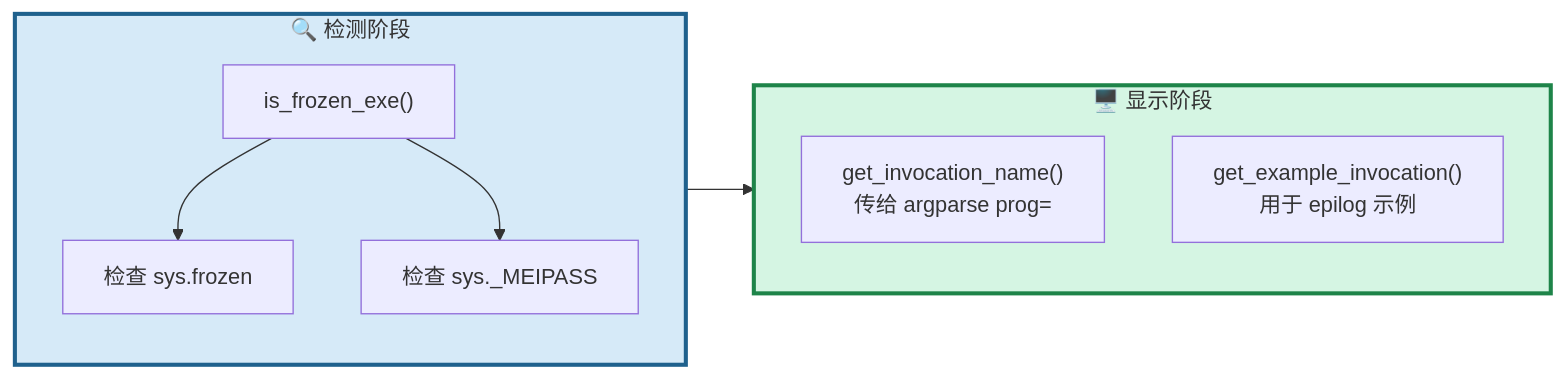
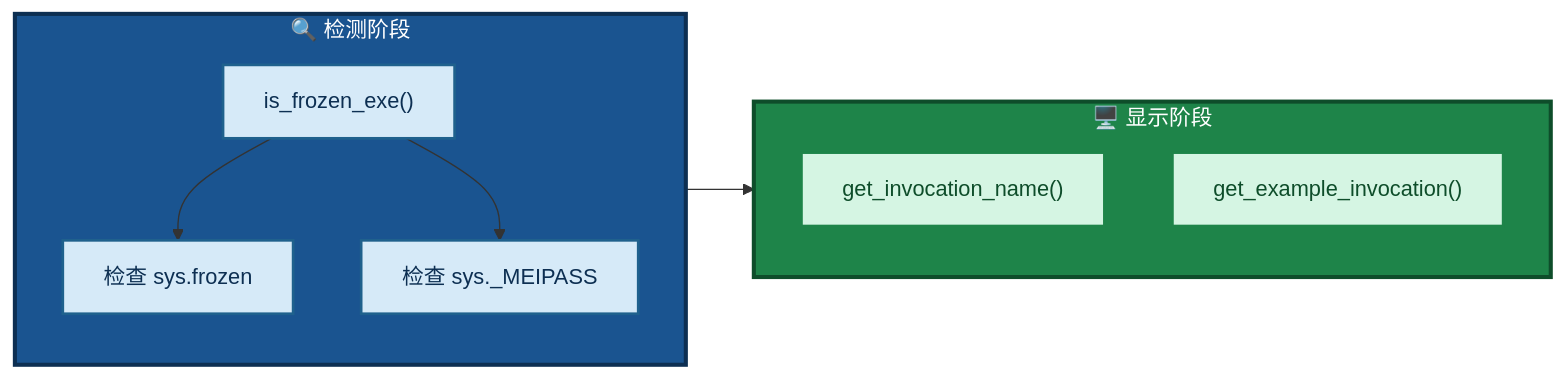
Before and after one commit to PassByYou888/LingoFuse-pasAgent: diagram 20 of 39 in src/llm-service/LingoFuse_LLM_Service_Work_Summary.md, drawn with Mermaid. The commit also changed other lines of this file, not shown here.

````diff
--- a/src/llm-service/LingoFuse_LLM_Service_Work_Summary.md
+++ b/src/llm-service/LingoFuse_LLM_Service_Work_Summary.md
@@ -622,20 +618,25 @@
 ```mermaid
 flowchart LR
     subgraph DETECT["🔍 检测阶段"]
         D1["is_frozen_exe()"]
         D2["检查 sys.frozen"]
         D3["检查 sys._MEIPASS"]
-        D1 --> D2
-        D1 --> D3
     end
 
     subgraph DISPLAY["🖥️ 显示阶段"]
-        S1["get_invocation_name()<br/>传给 argparse prog="]
-        S2["get_example_invocation()<br/>用于 epilog 示例"]
+        S1["get_invocation_name()"]
+        S2["get_example_invocation()"]
     end
 
+    D1 --> D2
+    D1 --> D3
     DETECT --> DISPLAY
 
-    style DETECT fill:#D6EAF8,stroke:#1F618D,stroke-width:3px
-    style DISPLAY fill:#D5F5E3,stroke:#1E8449,stroke-width:3px
+    style DETECT fill:#1A5490,stroke:#0D2F52,stroke-width:3px,color:#FFFFFF
+    style DISPLAY fill:#1E8449,stroke:#0E4D2A,stroke-width:3px,color:#FFFFFF
+    style D1 fill:#D6EAF8,stroke:#1F618D,stroke-width:2px,color:#0D2F52
+    style D2 fill:#D6EAF8,stroke:#1F618D,stroke-width:2px,color:#0D2F52
+    style D3 fill:#D6EAF8,stroke:#1F618D,stroke-width:2px,color:#0D2F52
+    style S1 fill:#D5F5E3,stroke:#1E8449,stroke-width:2px,color:#0E4D2A
+    style S2 fill:#D5F5E3,stroke:#1E8449,stroke-width:2px,color:#0E4D2A
 ```
````
